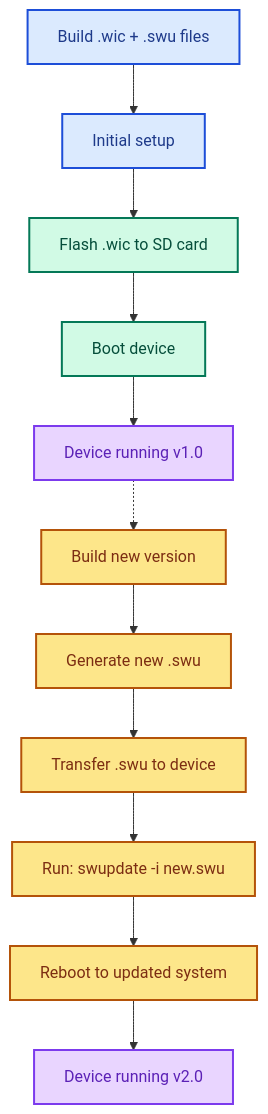
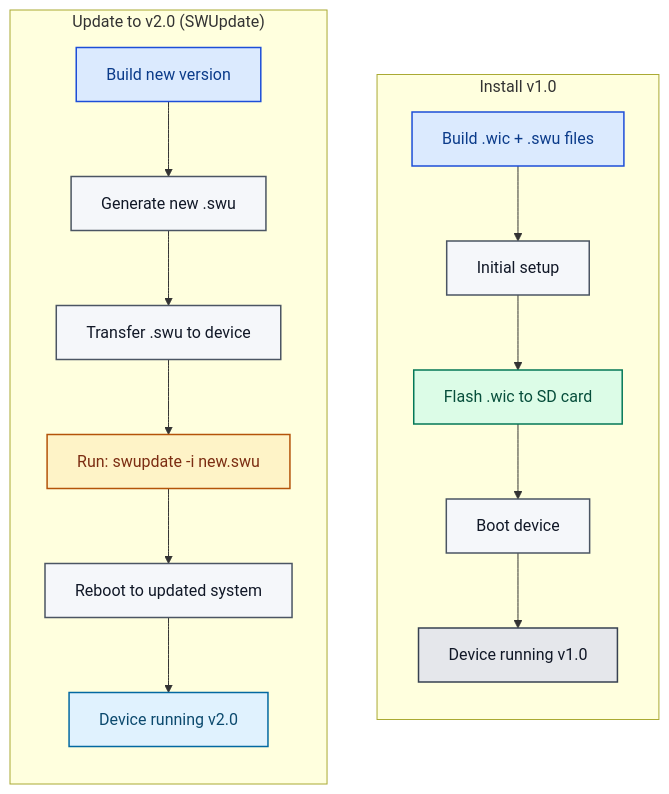
One commit to DGAM-PR/meta-iot2050-DGAM-PR changed the diagram in README-DGAM-PR.md. Above: the diagram before and after it, drawn with Mermaid.

````diff
--- a/README-DGAM-PR.md
+++ b/README-DGAM-PR.md
@@ -9,24 +9,34 @@
 ```mermaid
-graph TD
-  A[Build .wic + .swu files] --> B[Initial setup]
-  B --> C[Flash .wic to SD card]
-  C --> D[Boot device]
-  D --> E[Device running v1.0]
-  
-  E -.-> F[Build new version]
-  F --> G[Generate new .swu]
-  G --> H[Transfer .swu to device]
-  H --> I[Run: swupdate -i new.swu]
-  I --> J[Reboot to updated system]
-  J --> K[Device running v2.0]
-  
-  classDef initial fill:#dbeafe,stroke:#1d4ed8,stroke-width:2px,color:#1e3a8a
-  classDef flash fill:#d1fae5,stroke:#047857,stroke-width:2px,color:#064e3b
-  classDef update fill:#fde68a,stroke:#b45309,stroke-width:2px,color:#7c2d12
-  classDef running fill:#e9d5ff,stroke:#7c3aed,stroke-width:2px,color:#5b21b6
-  
-  class A,B initial
-  class C,D flash
-  class F,G,H,I,J update
-  class E,K running
+flowchart TD
+
+  %% --- Workflow 1: Install v1.0 ---
+  subgraph V1["Install v1.0"]
+    direction TB
+    A[Build .wic + .swu files]:::build --> B[Initial setup]:::normal
+    B --> C[Flash .wic to SD card]:::flash
+    C --> D[Boot device]:::normal
+    D --> E[Device running v1.0]:::state
+  end
+
+  %% --- Workflow 2: Update to v2.0 ---
+  subgraph V2["Update to v2.0 (SWUpdate)"]
+    direction TB
+    F[Build new version]:::build --> G[Generate new .swu]:::normal
+    G --> H[Transfer .swu to device]:::normal
+    H --> I[Run: swupdate -i new.swu]:::action
+    I --> J[Reboot to updated system]:::normal
+    J --> K[Device running v2.0]:::state2
+  end
+
+  %% Optional: show that these are independent by NOT connecting V1 and V2
+  %% If you want a light hint of relation without merging flows, uncomment:
+  %% E -. reference only .-> F
+
+  %% Styles for readability in light/dark GitHub themes
+  classDef build fill:#dbeafe,stroke:#1d4ed8,stroke-width:1.5px,color:#0b3b8a;
+  classDef normal fill:#f5f7fa,stroke:#4b5563,stroke-width:1.5px,color:#111827;
+  classDef flash fill:#dcfce7,stroke:#047857,stroke-width:1.5px,color:#064e3b;
+  classDef action fill:#fef3c7,stroke:#b45309,stroke-width:1.5px,color:#7c2d12;
+  classDef state fill:#e5e7eb,stroke:#374151,stroke-width:1.5px,color:#111827;
+  classDef state2 fill:#e0f2fe,stroke:#0369a1,stroke-width:1.5px,color:#0c4a6e;
 ```
````
